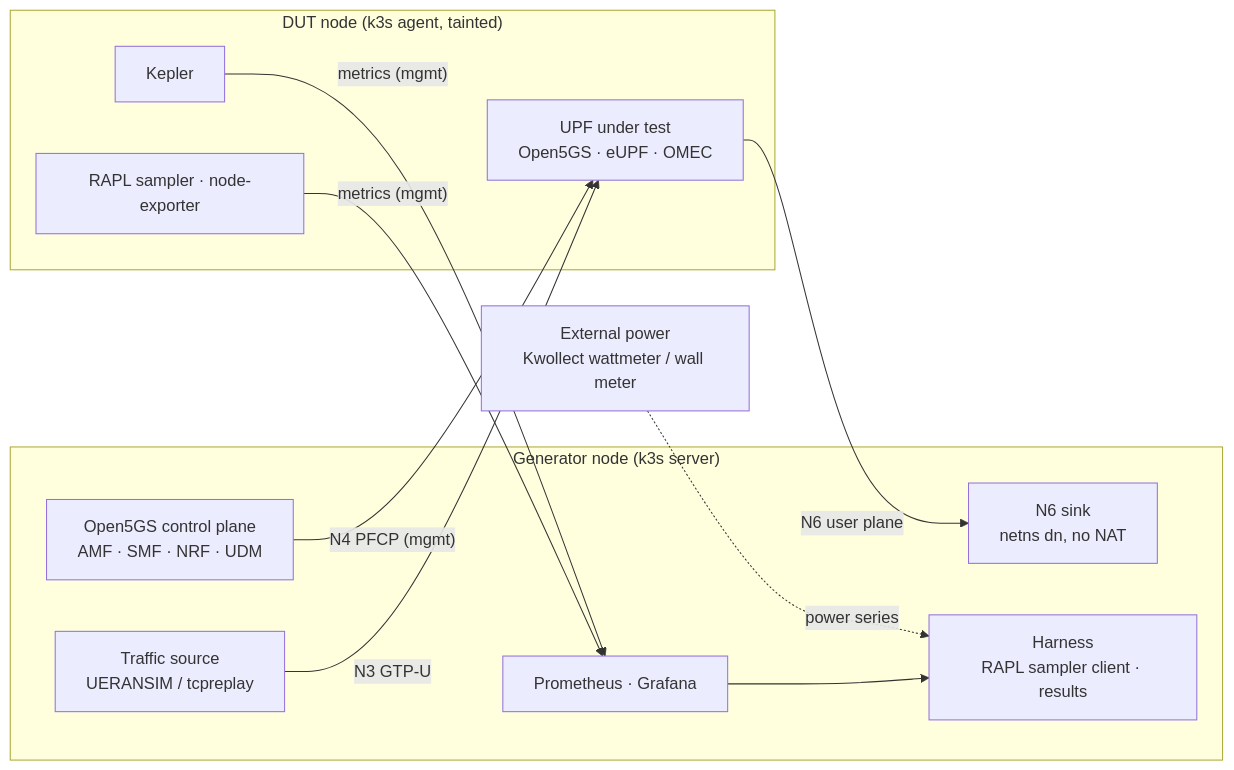
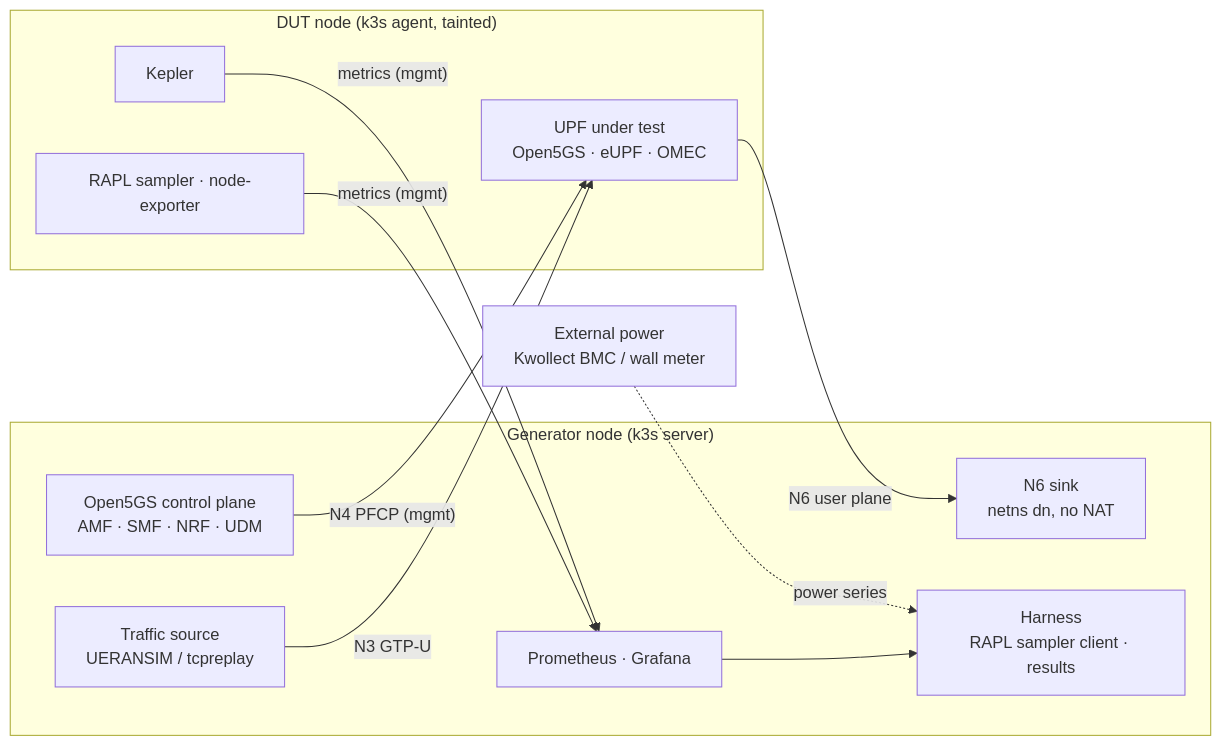
One commit to BryanTxz10/watts-per-gigabit changed the diagram in README.md. Above: the diagram before and after it, drawn with Mermaid. The commit also changed other lines of this file and 15 other files, not shown here.

First line of the commit message:
Restrict Grid'5000 node selection to three-interface clusters; fix paper timeline

````diff
--- a/README.md
+++ b/README.md
@@ -54,26 +54,26 @@
 ```mermaid
 flowchart LR
   subgraph GEN["Generator node (k3s server)"]
     CP["Open5GS control plane<br/>AMF · SMF · NRF · UDM"]
     TG["Traffic source<br/>UERANSIM / tcpreplay"]
     SINK["N6 sink<br/>netns dn, no NAT"]
     PROM["Prometheus · Grafana"]
     HARN["Harness<br/>RAPL sampler client · results"]
   end
 
   subgraph DUT["DUT node (k3s agent, tainted)"]
     UPF["UPF under test<br/>Open5GS · eUPF · OMEC"]
     KEP["Kepler"]
     RAPL["RAPL sampler · node-exporter"]
   end
 
-  PWR["External power<br/>Kwollect wattmeter / wall meter"]
+  PWR["External power<br/>Kwollect BMC / wall meter"]
 
   CP -- "N4 PFCP (mgmt)" --> UPF
   TG -- "N3 GTP-U" --> UPF
   UPF -- "N6 user plane" --> SINK
   KEP -- "metrics (mgmt)" --> PROM
   RAPL -- "metrics (mgmt)" --> PROM
   PWR -. "power series" .-> HARN
   PROM --> HARN
 ```
````
